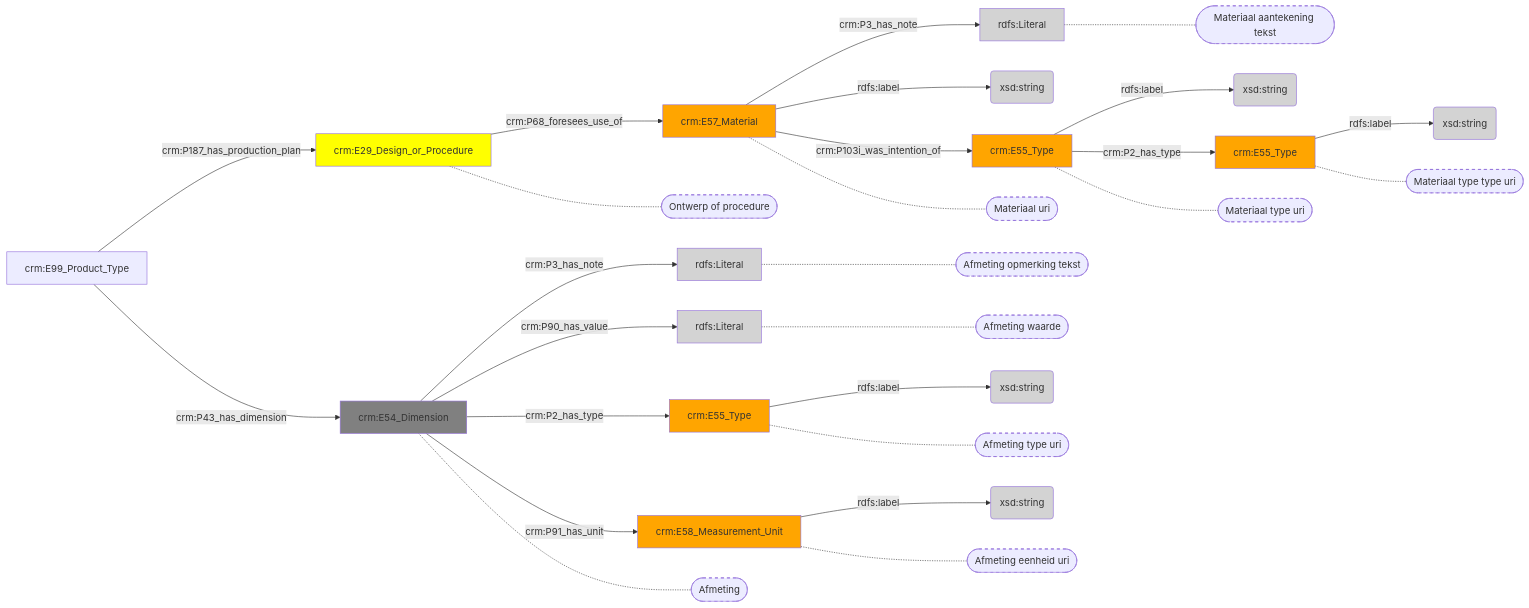
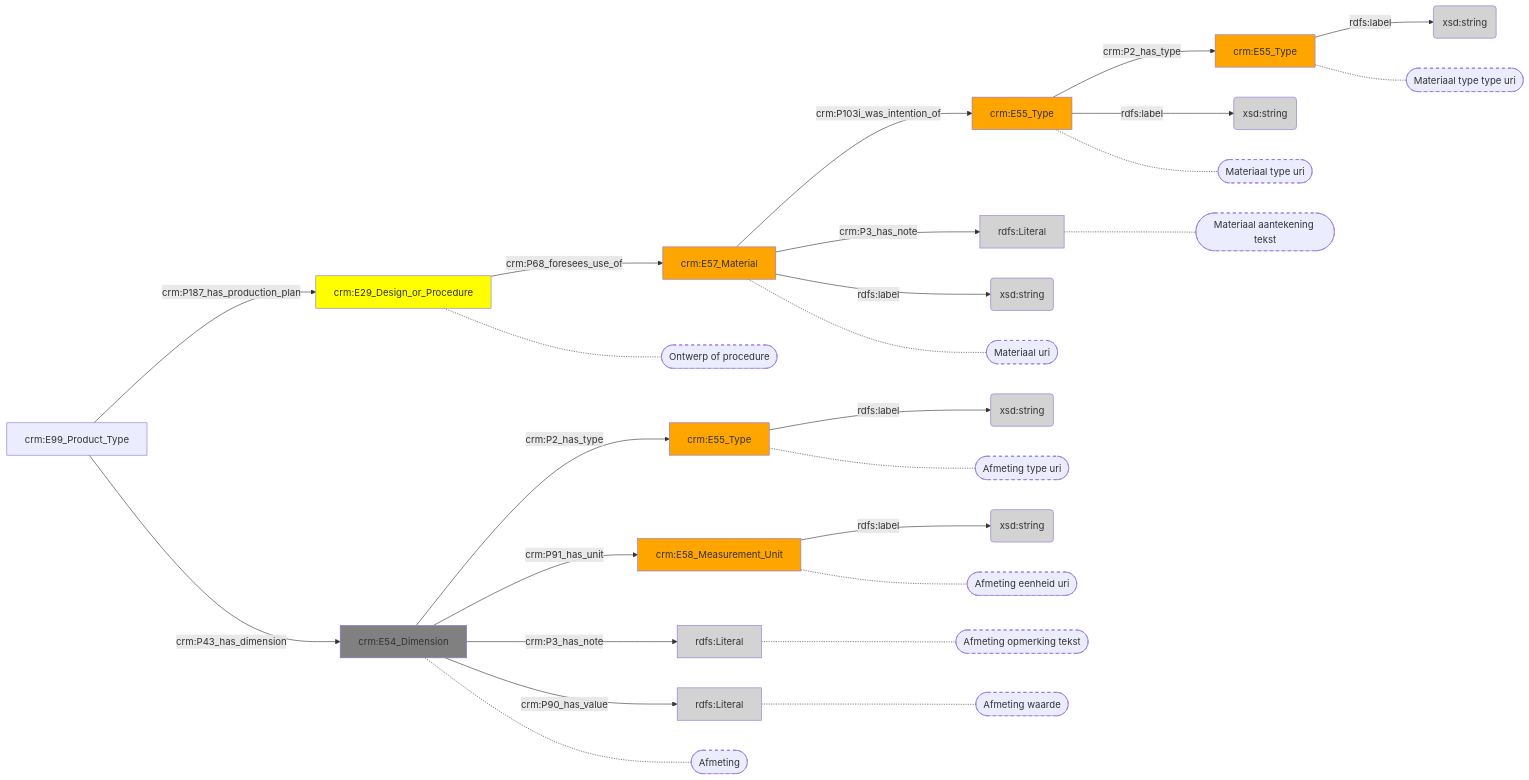
One commit to digipolisantwerpdocumentation/antwerp-cultureel-erfgoed changed the diagram in docs/content/modellen/ProductType/FysiekeKenmerken.md. Above: the diagram before and after it, drawn with Mermaid. The commit also changed other lines of this file and 173 other files, not shown here.

````diff
--- a/docs/content/modellen/ProductType/FysiekeKenmerken.md
+++ b/docs/content/modellen/ProductType/FysiekeKenmerken.md
@@ -1,53 +1,53 @@
 ```mermaid
 graph LR
+7620b8f8-5225-11ee-974d-00163e71351b["crm:E29_Design_or_Procedure"]-->|"crm:P68_foresees_use_of"|9c2594e2-5225-11ee-a9ac-00163e71351b["crm:E57_Material"]
+7892caec-471a-11ee-a9ac-00163e71351b["crm:E99_Product_Type"]-->|"crm:P187_has_production_plan"|7620b8f8-5225-11ee-974d-00163e71351b["crm:E29_Design_or_Procedure"]
+7892caec-471a-11ee-a9ac-00163e71351b["crm:E99_Product_Type"]-->|"crm:P43_has_dimension"|a8804d10-471a-11ee-a9ac-00163e71351b["crm:E54_Dimension"]
+9c2594e2-5225-11ee-a9ac-00163e71351b["crm:E57_Material"]-->|"crm:P103i_was_intention_of"|ed034a26-5225-11ee-b0c4-00163e71351b["crm:E55_Type"]
+a8804d10-471a-11ee-a9ac-00163e71351b["crm:E54_Dimension"]-->|"crm:P2_has_type"|a880579c-471a-11ee-a9ac-00163e71351b["crm:E55_Type"]
+a8804d10-471a-11ee-a9ac-00163e71351b["crm:E54_Dimension"]-->|"crm:P91_has_unit"|a88058e6-471a-11ee-a9ac-00163e71351b["crm:E58_Measurement_Unit"]
+ed034a26-5225-11ee-b0c4-00163e71351b["crm:E55_Type"]-->|"crm:P2_has_type"|ed03503e-5225-11ee-b0c4-00163e71351b["crm:E55_Type"]
 9c2594e2-5225-11ee-a9ac-00163e71351b["crm:E57_Material"]-->|"crm:P3_has_note"|9c259884-5225-11ee-a9ac-00163e71351b(rdfs:Literal)
 9c2594e2-5225-11ee-a9ac-00163e71351b["crm:E57_Material"]-->|"rdfs:label"|9c2599ba-5225-11ee-a9ac-00163e71351b(xsd:string)
 a8804d10-471a-11ee-a9ac-00163e71351b["crm:E54_Dimension"]-->|"crm:P3_has_note"|a8805cb0-471a-11ee-a9ac-00163e71351b(rdfs:Literal)
 a8804d10-471a-11ee-a9ac-00163e71351b["crm:E54_Dimension"]-->|"crm:P90_has_value"|a88059e0-471a-11ee-a9ac-00163e71351b(rdfs:Literal)
 a880579c-471a-11ee-a9ac-00163e71351b["crm:E55_Type"]-->|"rdfs:label"|a8805ada-471a-11ee-a9ac-00163e71351b(xsd:string)
 a88058e6-471a-11ee-a9ac-00163e71351b["crm:E58_Measurement_Unit"]-->|"rdfs:label"|a8805bc0-471a-11ee-a9ac-00163e71351b(xsd:string)
 ed034a26-5225-11ee-b0c4-00163e71351b["crm:E55_Type"]-->|"rdfs:label"|ed0351f6-5225-11ee-b0c4-00163e71351b(xsd:string)
 ed03503e-5225-11ee-b0c4-00163e71351b["crm:E55_Type"]-->|"rdfs:label"|ed03534a-5225-11ee-b0c4-00163e71351b(xsd:string)
-7620b8f8-5225-11ee-974d-00163e71351b["crm:E29_Design_or_Procedure"]-->|"crm:P68_foresees_use_of"|9c2594e2-5225-11ee-a9ac-00163e71351b["crm:E57_Material"]
-7892caec-471a-11ee-a9ac-00163e71351b["crm:E99_Product_Type"]-->|"crm:P187_has_production_plan"|7620b8f8-5225-11ee-974d-00163e71351b["crm:E29_Design_or_Procedure"]
-7892caec-471a-11ee-a9ac-00163e71351b["crm:E99_Product_Type"]-->|"crm:P43_has_dimension"|a8804d10-471a-11ee-a9ac-00163e71351b["crm:E54_Dimension"]
-9c2594e2-5225-11ee-a9ac-00163e71351b["crm:E57_Material"]-->|"crm:P103i_was_intention_of"|ed034a26-5225-11ee-b0c4-00163e71351b["crm:E55_Type"]
-a8804d10-471a-11ee-a9ac-00163e71351b["crm:E54_Dimension"]-->|"crm:P2_has_type"|a880579c-471a-11ee-a9ac-00163e71351b["crm:E55_Type"]
-a8804d10-471a-11ee-a9ac-00163e71351b["crm:E54_Dimension"]-->|"crm:P91_has_unit"|a88058e6-471a-11ee-a9ac-00163e71351b["crm:E58_Measurement_Unit"]
-ed034a26-5225-11ee-b0c4-00163e71351b["crm:E55_Type"]-->|"crm:P2_has_type"|ed03503e-5225-11ee-b0c4-00163e71351b["crm:E55_Type"]
 style 9c2594e2-5225-11ee-a9ac-00163e71351b_s stroke-dasharray: 5
 style 7620b8f8-5225-11ee-974d-00163e71351b_s stroke-dasharray: 5
 style a8804d10-471a-11ee-a9ac-00163e71351b_s stroke-dasharray: 5
 style ed034a26-5225-11ee-b0c4-00163e71351b_s stroke-dasharray: 5
 style 9c259884-5225-11ee-a9ac-00163e71351b_s stroke-dasharray: 5
 style a880579c-471a-11ee-a9ac-00163e71351b_s stroke-dasharray: 5
 style a8805cb0-471a-11ee-a9ac-00163e71351b_s stroke-dasharray: 5
 style a88059e0-471a-11ee-a9ac-00163e71351b_s stroke-dasharray: 5
 style a88058e6-471a-11ee-a9ac-00163e71351b_s stroke-dasharray: 5
 style ed03503e-5225-11ee-b0c4-00163e71351b_s stroke-dasharray: 5
 9c2594e2-5225-11ee-a9ac-00163e71351b["crm:E57_Material"]-.-9c2594e2-5225-11ee-a9ac-00163e71351b_s(["Materiaal uri"])
 7620b8f8-5225-11ee-974d-00163e71351b["crm:E29_Design_or_Procedure"]-.-7620b8f8-5225-11ee-974d-00163e71351b_s(["Ontwerp of procedure"])
 a8804d10-471a-11ee-a9ac-00163e71351b["crm:E54_Dimension"]-.-a8804d10-471a-11ee-a9ac-00163e71351b_s(["Afmeting"])
 ed034a26-5225-11ee-b0c4-00163e71351b["crm:E55_Type"]-.-ed034a26-5225-11ee-b0c4-00163e71351b_s(["Materiaal type uri"])
 9c259884-5225-11ee-a9ac-00163e71351b["rdfs:Literal"]-.-9c259884-5225-11ee-a9ac-00163e71351b_s(["Materiaal aantekening tekst"])
 a880579c-471a-11ee-a9ac-00163e71351b["crm:E55_Type"]-.-a880579c-471a-11ee-a9ac-00163e71351b_s(["Afmeting type uri"])
 a8805cb0-471a-11ee-a9ac-00163e71351b["rdfs:Literal"]-.-a8805cb0-471a-11ee-a9ac-00163e71351b_s(["Afmeting opmerking tekst"])
 a88059e0-471a-11ee-a9ac-00163e71351b["rdfs:Literal"]-.-a88059e0-471a-11ee-a9ac-00163e71351b_s(["Afmeting waarde"])
 a88058e6-471a-11ee-a9ac-00163e71351b["crm:E58_Measurement_Unit"]-.-a88058e6-471a-11ee-a9ac-00163e71351b_s(["Afmeting eenheid uri"])
 ed03503e-5225-11ee-b0c4-00163e71351b["crm:E55_Type"]-.-ed03503e-5225-11ee-b0c4-00163e71351b_s(["Materiaal type type uri"])
 style 7620b8f8-5225-11ee-974d-00163e71351b fill:#ffff00
 style 9c2594e2-5225-11ee-a9ac-00163e71351b fill:#ffa500
 style 9c259884-5225-11ee-a9ac-00163e71351b fill:#D3D3D3
 style 9c2599ba-5225-11ee-a9ac-00163e71351b fill:#D3D3D3
 style a8804d10-471a-11ee-a9ac-00163e71351b fill:#808080
 style a880579c-471a-11ee-a9ac-00163e71351b fill:#ffa500
 style a88058e6-471a-11ee-a9ac-00163e71351b fill:#ffa500
 style a88059e0-471a-11ee-a9ac-00163e71351b fill:#D3D3D3
 style a8805ada-471a-11ee-a9ac-00163e71351b fill:#D3D3D3
 style a8805bc0-471a-11ee-a9ac-00163e71351b fill:#D3D3D3
 style a8805cb0-471a-11ee-a9ac-00163e71351b fill:#D3D3D3
 style ed034a26-5225-11ee-b0c4-00163e71351b fill:#ffa500
 style ed03503e-5225-11ee-b0c4-00163e71351b fill:#ffa500
 style ed0351f6-5225-11ee-b0c4-00163e71351b fill:#D3D3D3
 style ed03534a-5225-11ee-b0c4-00163e71351b fill:#D3D3D3
 ```
````
